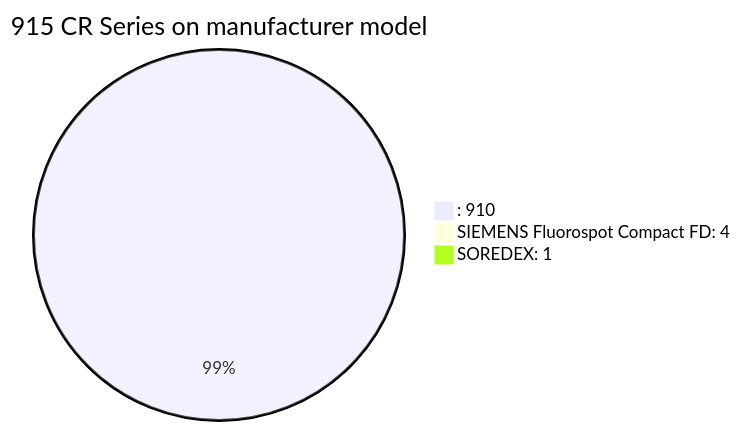
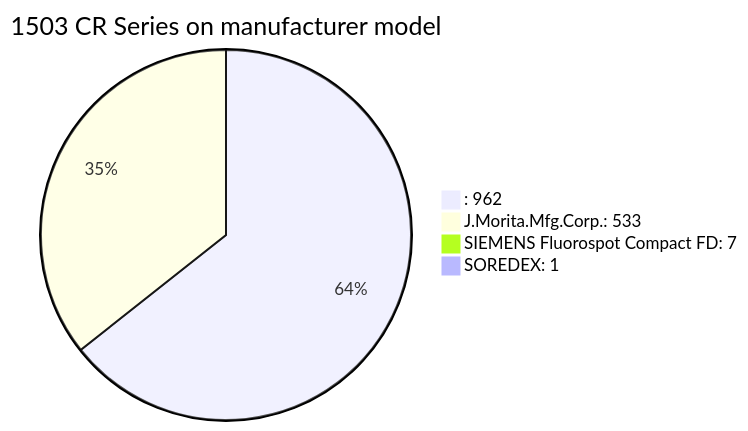
One commit to doidio/nonapx changed diagram 21 of 27 in a1_raw_dicom.md. Above: the diagram before and after it, drawn with Mermaid. The commit also changed other lines of this file and 4 other files, not shown here.

````diff
--- a/a1_raw_dicom.md
+++ b/a1_raw_dicom.md
@@ -243,6 +167,7 @@
 ```mermaid
-pie title 915 CR Series on manufacturer model
-    ": 910" : 910
-    "SIEMENS Fluorospot Compact FD: 4" : 4
+pie title 1503 CR Series on manufacturer model
+    ": 962" : 962
+    "J.Morita.Mfg.Corp.: 533" : 533
+    "SIEMENS Fluorospot Compact FD: 7" : 7
     "SOREDEX: 1" : 1
 ```
````
